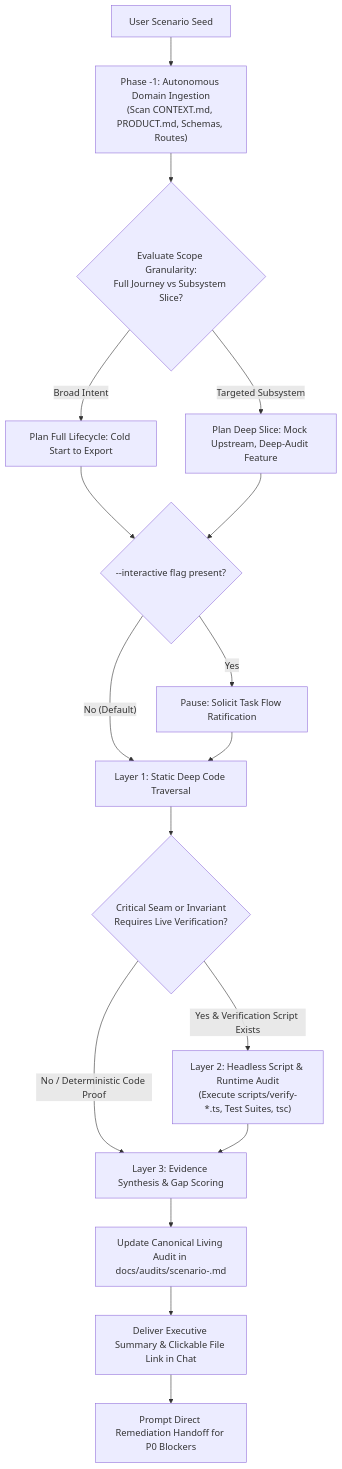
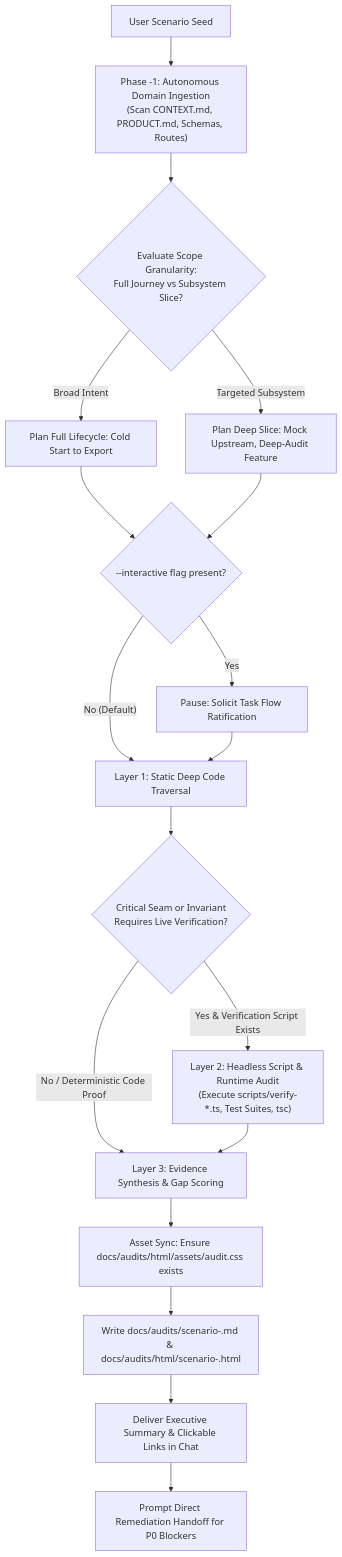
One commit to Delizade-Antigravity-Skills/scenario-probe changed the diagram in SKILL.md. Above: the diagram before and after it, drawn with Mermaid. The commit also changed other lines of this file and 3 other files, not shown here.

Commit message:
feat: add token-economic HTML reporting with light cream theme and static assets

````diff
--- a/SKILL.md
+++ b/SKILL.md
@@ -75,19 +82,20 @@
 ```mermaid
 flowchart TD
     Scenario["User Scenario Seed"] --> Ingestion["Phase -1: Autonomous Domain Ingestion<br/>(Scan CONTEXT.md, PRODUCT.md, Schemas, Routes)"]
     Ingestion --> ScopeEval{"Evaluate Scope Granularity:<br/>Full Journey vs Subsystem Slice?"}
     ScopeEval -- "Broad Intent" --> FullFlow["Plan Full Lifecycle: Cold Start to Export"]
     ScopeEval -- "Targeted Subsystem" --> SliceFlow["Plan Deep Slice: Mock Upstream, Deep-Audit Feature"]
     FullFlow --> InteractiveCheck{"--interactive flag present?"}
     SliceFlow --> InteractiveCheck
     InteractiveCheck -- "Yes" --> Pause["Pause: Solicit Task Flow Ratification"]
     InteractiveCheck -- "No (Default)" --> Layer1["Layer 1: Static Deep Code Traversal"]
     Pause --> Layer1
     Layer1 --> SeamCheck{"Critical Seam or Invariant<br/>Requires Live Verification?"}
     SeamCheck -- "Yes & Verification Script Exists" --> Layer2["Layer 2: Headless Script & Runtime Audit<br/>(Execute scripts/verify-*.ts, Test Suites, tsc)"]
     SeamCheck -- "No / Deterministic Code Proof" --> Synthesize["Layer 3: Evidence Synthesis & Gap Scoring"]
     Layer2 --> Synthesize
-    Synthesize --> InRepoDoc["Update Canonical Living Audit in docs/audits/scenario-<slug>.md"]
-    InRepoDoc --> ChatSummary["Deliver Executive Summary & Clickable File Link in Chat"]
+    Synthesize --> AssetSync["Asset Sync: Ensure docs/audits/html/assets/audit.css exists"]
+    AssetSync --> DocGen["Write docs/audits/scenario-<slug>.md & docs/audits/html/scenario-<slug>.html"]
+    DocGen --> ChatSummary["Deliver Executive Summary & Clickable Links in Chat"]
     ChatSummary --> RemediationPrompt["Prompt Direct Remediation Handoff for P0 Blockers"]
 ```
````
